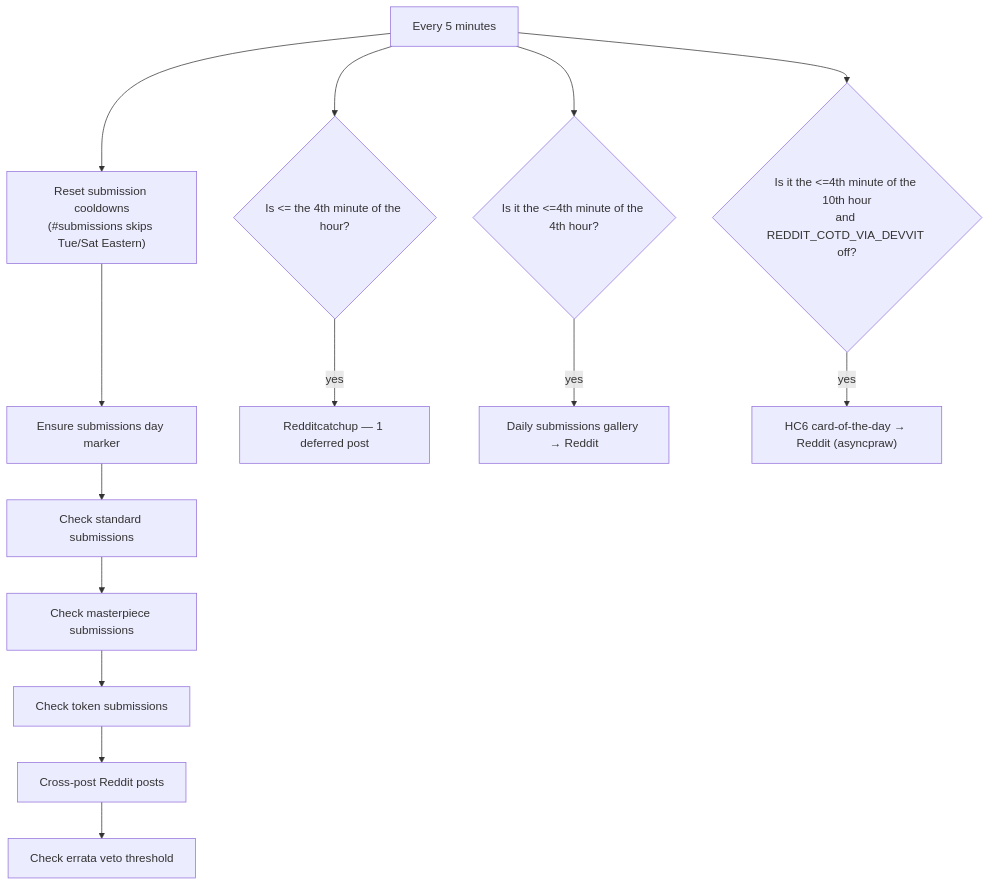
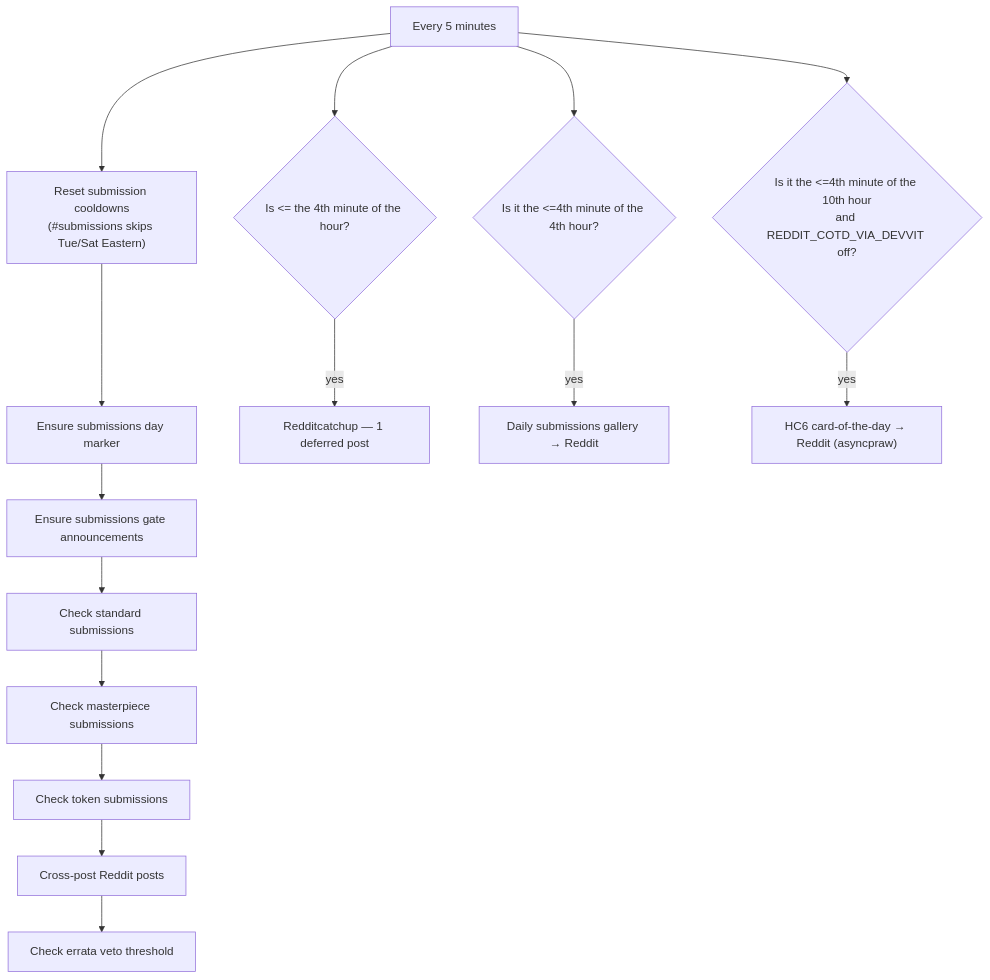
The first of 5 diagrams in docs/card-flows/background.md (bones-bones/mork), drawn with Mermaid before and after one commit. The commit also changed other lines of this file and 6 other files, not shown here.

First line of the commit message:
Add submissions gate announcements and closed-day intake DMs.

````diff
--- a/docs/card-flows/background.md
+++ b/docs/card-flows/background.md
@@ -9,17 +9,18 @@
 ```mermaid
 flowchart TD
   LOOP["Every 5 minutes"] --> R1["Reset submission cooldowns<br/>(#submissions skips Tue/Sat Eastern)"]
   R1 --> R2["Ensure submissions day marker"]
-  R2 --> R3["Check standard submissions"]
+  R2 --> R2B["Ensure submissions gate announcements"]
+  R2B --> R3["Check standard submissions"]
   R3 --> R4["Check masterpiece submissions"]
   R4 --> R5["Check token submissions"]
   R5 --> R6["Cross-post Reddit posts"]
   R6 --> R7["Check errata veto threshold"]
 
   LOOP --> T0{"Is <= the 4th minute of the hour?"}
   T0 -->|yes| RC["Redditcatchup — 1 deferred post"]
   LOOP --> T1{"Is it the <=4th minute of the 4th hour?"}
   T1 -->|yes| GAL["Daily submissions gallery → Reddit"]
   LOOP --> T2{"Is it the <=4th minute of the 10th hour<br/>and REDDIT_COTD_VIA_DEVVIT off?"}
   T2 -->|yes| COTD["HC6 card-of-the-day → Reddit (asyncpraw)"]
 ```
````
